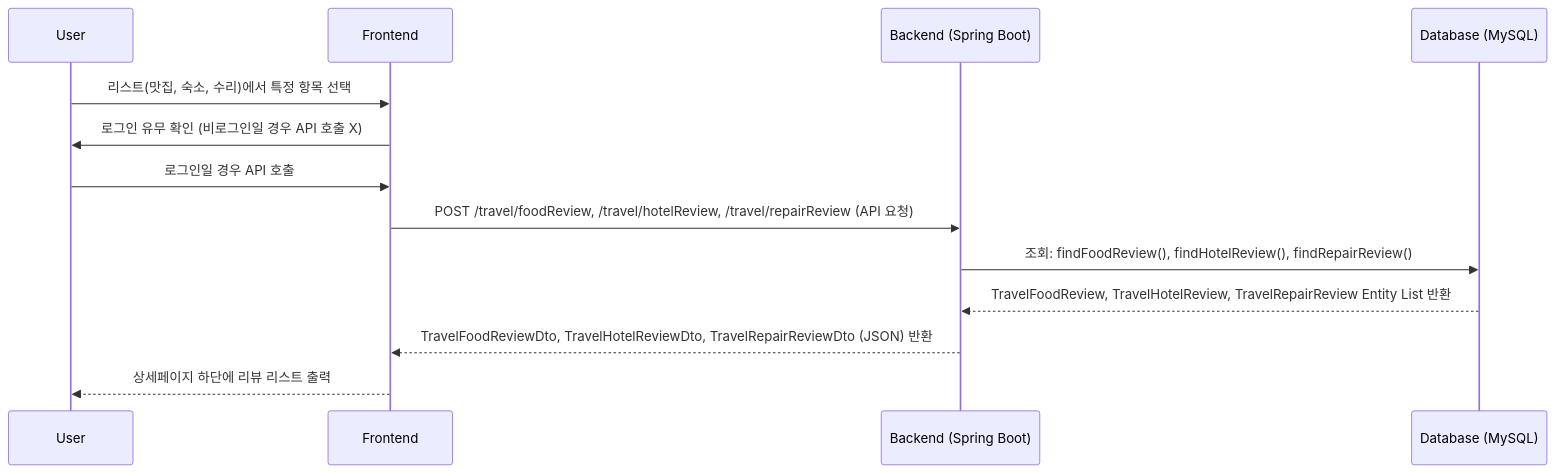
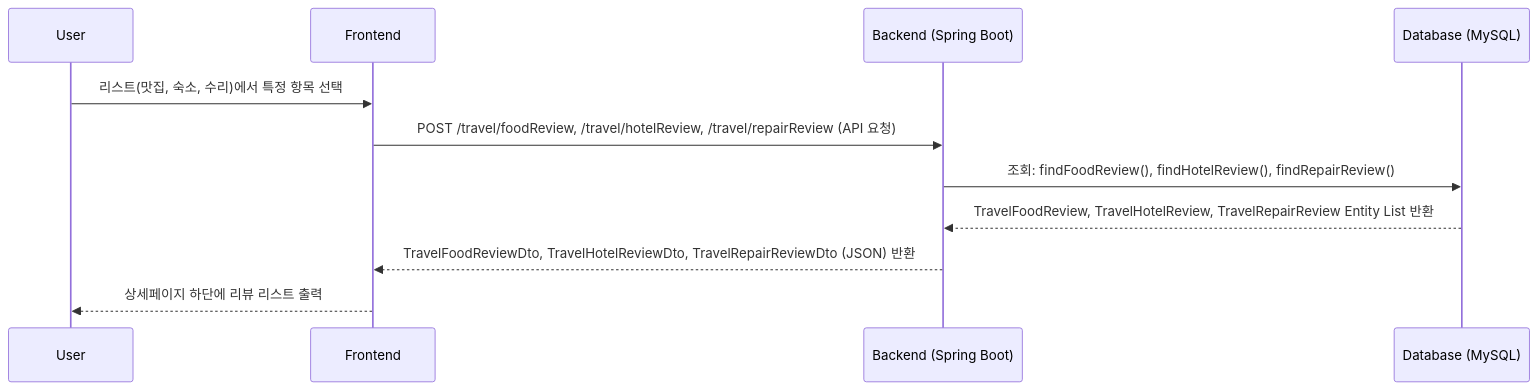
Before and after one commit to SUNGJISUCK95/teamproject: the fifth of 7 diagrams in bicycle-app/frontend/Travel.md, drawn with Mermaid. The commit also changed other lines of this file, not shown here.

````diff
--- a/bicycle-app/frontend/Travel.md
+++ b/bicycle-app/frontend/Travel.md
@@ -79,17 +79,15 @@
 ```mermaid
 sequenceDiagram
     participant User
     participant Frontend as Frontend
     participant Backend as Backend (Spring Boot)
     participant DB as Database (MySQL)
 
     %% 3. 리뷰 리스트 출력
     User->>Frontend: 리스트(맛집, 숙소, 수리)에서 특정 항목 선택
-    Frontend->>User: 로그인 유무 확인 (비로그인일 경우 API 호출 X)
-    User->>Frontend: 로그인일 경우 API 호출
     Frontend->>Backend: POST /travel/foodReview, /travel/hotelReview, /travel/repairReview (API 요청)
     Backend->>DB: 조회: findFoodReview(), findHotelReview(), findRepairReview()
     DB-->>Backend: TravelFoodReview, TravelHotelReview, TravelRepairReview Entity List 반환
     Backend-->>Frontend: TravelFoodReviewDto, TravelHotelReviewDto, TravelRepairReviewDto (JSON) 반환    
     Frontend-->>User: 상세페이지 하단에 리뷰 리스트 출력
 ```
````
